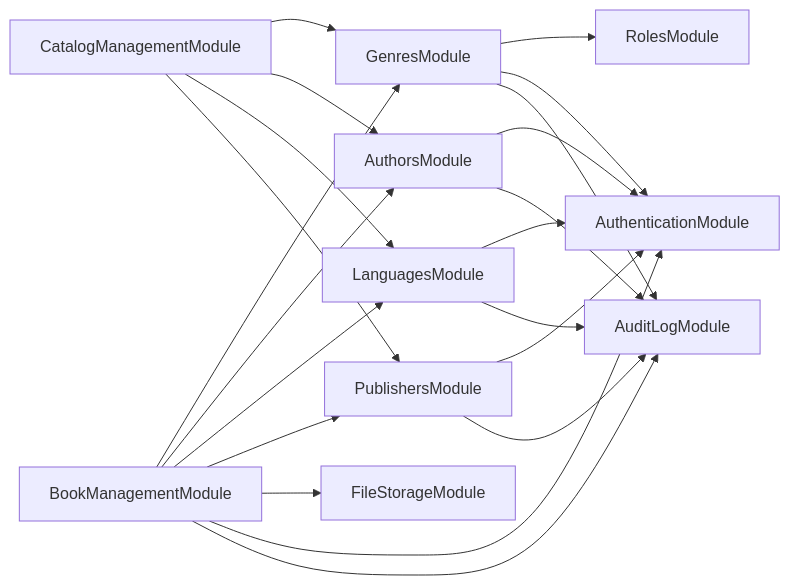
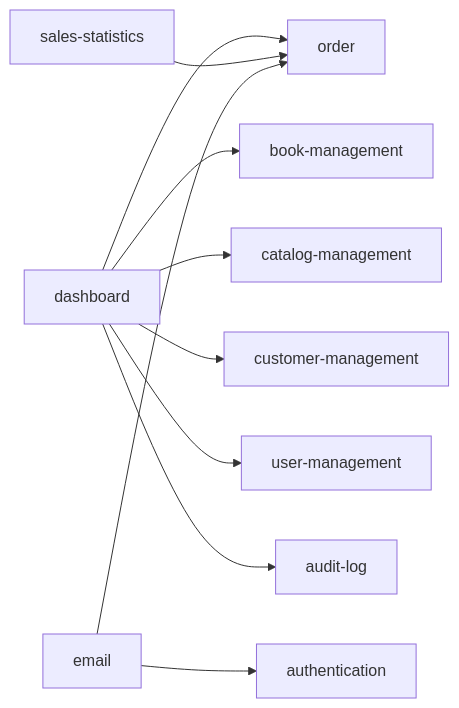
One commit to pham-dinh-thai/bookify-ecommerce-bookstore changed the fifth of 5 diagrams in docs/architecture/module-dependency-diagram.md. Above: the diagram before and after it, drawn with Mermaid. The commit also changed other lines of this file and 1 other file, not shown here.

````diff
--- a/docs/architecture/module-dependency-diagram.md
+++ b/docs/architecture/module-dependency-diagram.md
@@ -112,37 +151,25 @@
 ```mermaid
 flowchart LR
-  CatalogManagement["CatalogManagementModule"]
-  Genres["GenresModule"]
-  Authors["AuthorsModule"]
-  Languages["LanguagesModule"]
-  Publishers["PublishersModule"]
-  BookManagement["BookManagementModule"]
-  FileStorage["FileStorageModule"]
-  Authentication["AuthenticationModule"]
-  Roles["RolesModule"]
-  AuditLog["AuditLogModule"]
+  dashboard["dashboard"]
+  salesStatistics["sales-statistics"]
+  email["email"]
+  order["order"]
+  bookManagement["book-management"]
+  catalogManagement["catalog-management"]
+  customerManagement["customer-management"]
+  userManagement["user-management"]
+  auditLog["audit-log"]
+  authentication["authentication"]
 
-  CatalogManagement --> Genres
-  CatalogManagement --> Authors
-  CatalogManagement --> Languages
-  CatalogManagement --> Publishers
+  dashboard --> order
+  dashboard --> bookManagement
+  dashboard --> catalogManagement
+  dashboard --> customerManagement
+  dashboard --> userManagement
+  dashboard --> auditLog
 
-  Genres --> Roles
-  Genres --> Authentication
-  Genres --> AuditLog
+  salesStatistics --> order
 
-  Authors --> Authentication
-  Authors --> AuditLog
-  Languages --> Authentication
-  Languages --> AuditLog
-  Publishers --> Authentication
-  Publishers --> AuditLog
-
-  BookManagement --> Genres
-  BookManagement --> Authors
-  BookManagement --> Languages
-  BookManagement --> Publishers
-  BookManagement --> FileStorage
-  BookManagement --> Authentication
-  BookManagement --> AuditLog
+  email --> authentication
+  email --> order
 ```
````
